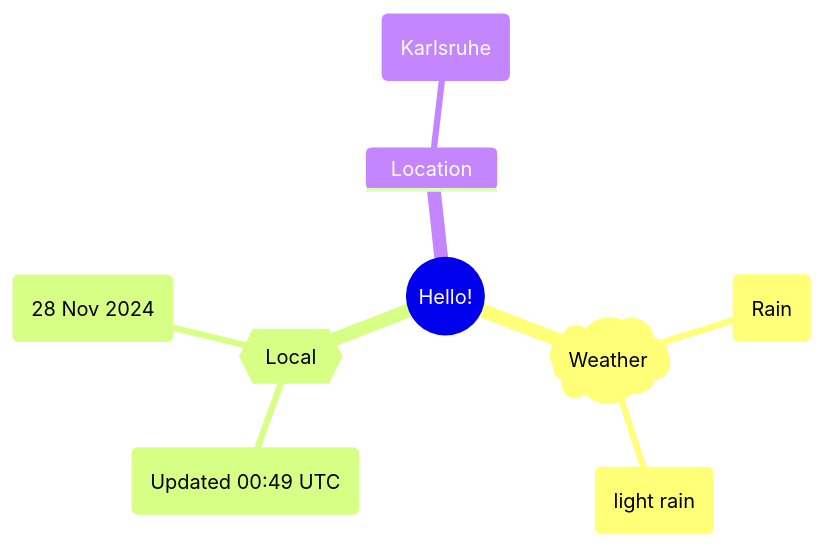
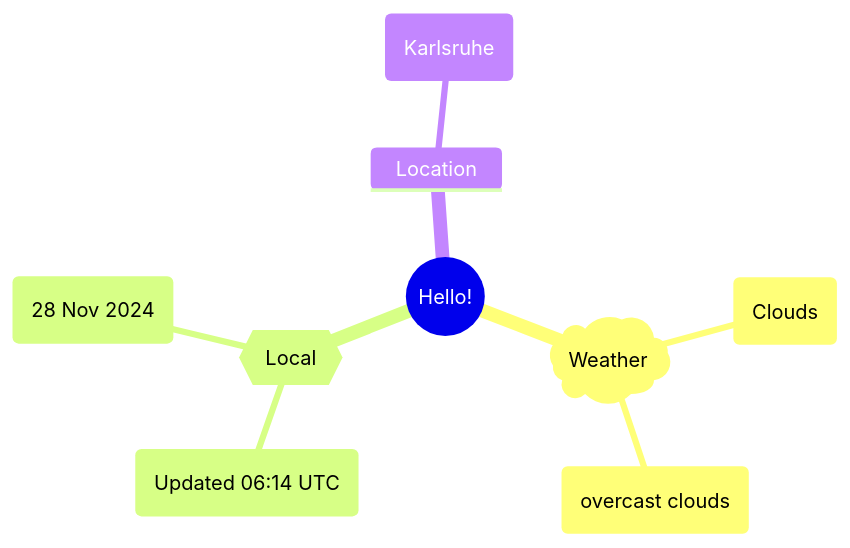
The first of 2 diagrams in README.md (Xosrov/Xosrov), drawn with Mermaid before and after one commit.

Commit message:
[bot] updated images

````diff
--- a/README.md
+++ b/README.md
@@ -3,12 +3,12 @@
 ```mermaid
 mindmap
   root((Hello!))
     )Weather(
-        (Rain)
-        (light rain)
+        (Clouds)
+        (overcast clouds)
     {{Local}}
-        (Updated 00:49 UTC)
+        (Updated 06:14 UTC)
         (28 Nov 2024)
     Location
         (Karlsruhe)
 ```
````
